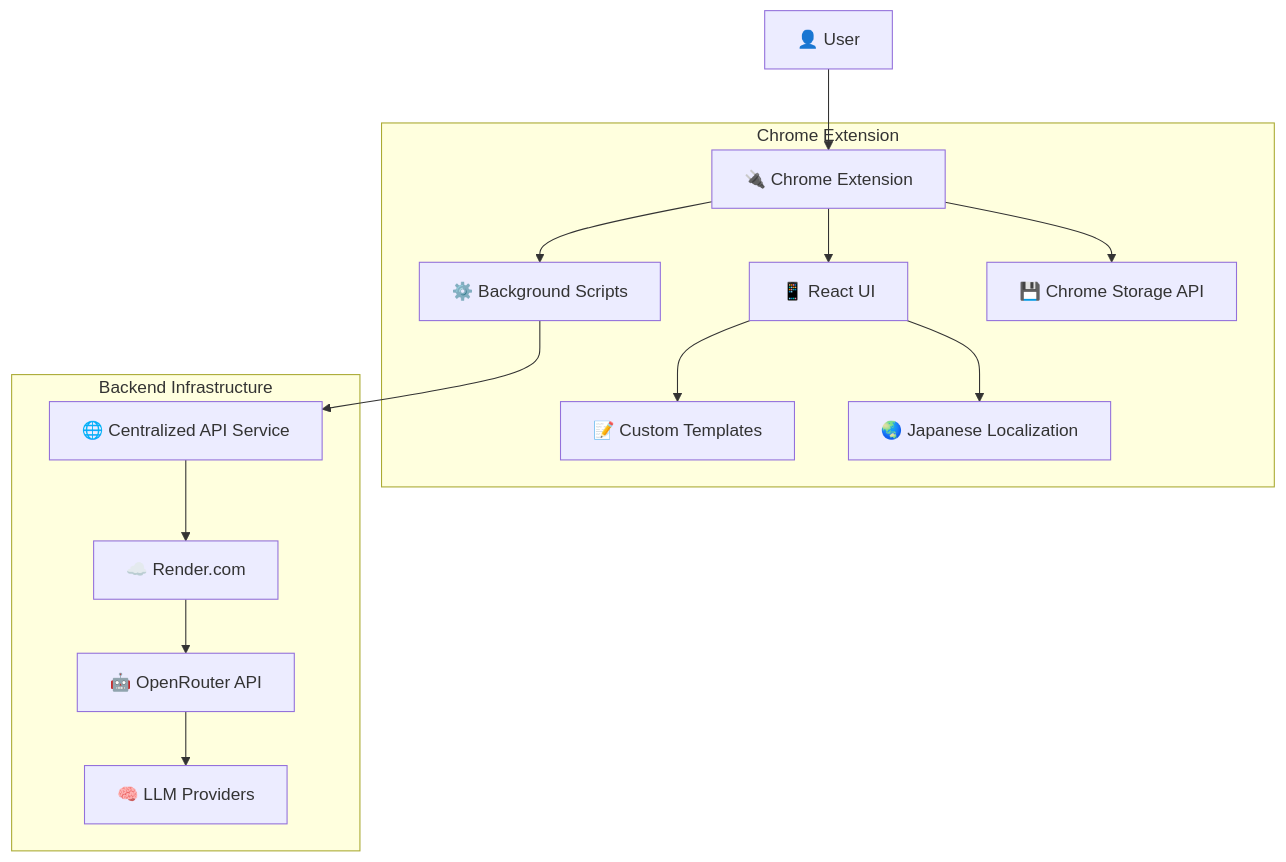
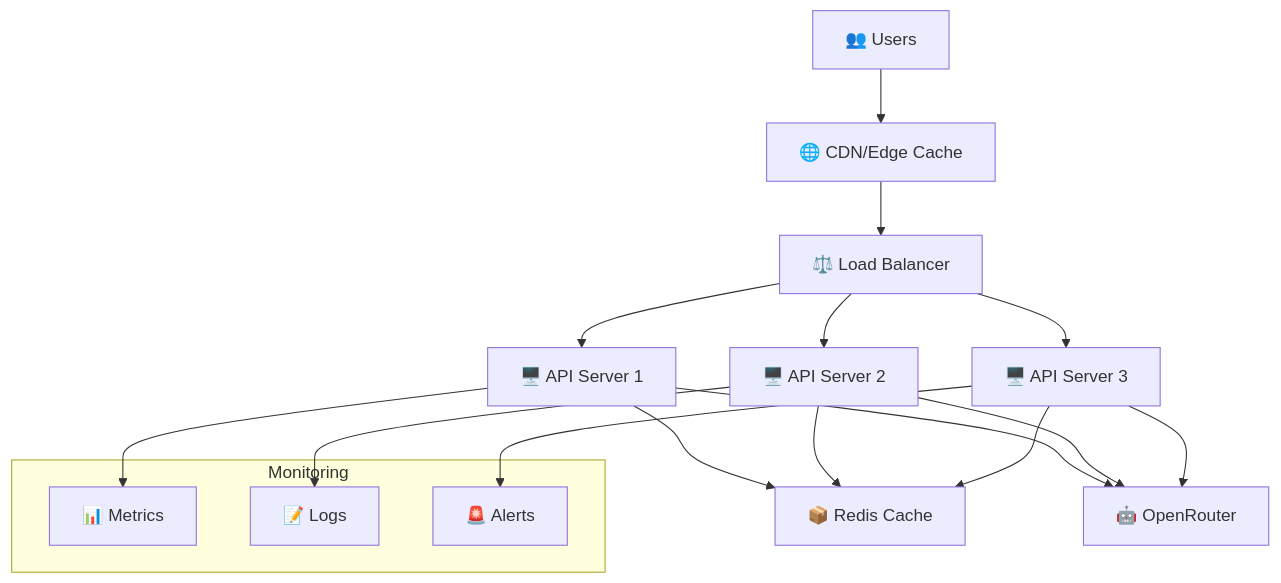
One commit to senseisven/forked_cats_extension changed the third of 3 diagrams in TECHNICAL_README.md. Above: the diagram before and after it, drawn with Mermaid. The commit also changed other lines of this file and 48 other files, not shown here.

````diff
--- a/TECHNICAL_README.md
+++ b/TECHNICAL_README.md
@@ -11,31 +576,26 @@
 ```mermaid
 graph TB
-    User[👤 User] --> Extension[🔌 Chrome Extension]
-    Extension --> UI[📱 React UI]
-    Extension --> Background[⚙️ Background Scripts]
-    Extension --> Storage[💾 Chrome Storage API]
+    Users[👥 Users] --> CDN[🌐 CDN/Edge Cache]
+    CDN --> LB[⚖️ Load Balancer]
+    LB --> API1[🖥️ API Server 1]
+    LB --> API2[🖥️ API Server 2]
+    LB --> API3[🖥️ API Server 3]
     
-    Background --> CentralizedAPI[🌐 Centralized API Service]
-    CentralizedAPI --> Render[☁️ Render.com]
-    Render --> OpenRouter[🤖 OpenRouter API]
-    OpenRouter --> LLM[🧠 LLM Providers]
+    API1 --> Redis[📦 Redis Cache]
+    API2 --> Redis
+    API3 --> Redis
     
-    UI --> Templates[📝 Custom Templates]
-    UI --> I18N[🌏 Japanese Localization]
+    API1 --> OpenRouter[🤖 OpenRouter]
+    API2 --> OpenRouter
+    API3 --> OpenRouter
     
-    subgraph "Chrome Extension"
-        Extension
-        UI
-        Background
-        Storage
-        Templates
-        I18N
+    subgraph "Monitoring"
+        Metrics[📊 Metrics]
+        Logs[📝 Logs]
+        Alerts[🚨 Alerts]
     end
     
-    subgraph "Backend Infrastructure"
-        CentralizedAPI
-        Render
-        OpenRouter
-        LLM
-    end
+    API1 --> Metrics
+    API2 --> Logs
+    API3 --> Alerts
 ```
````
